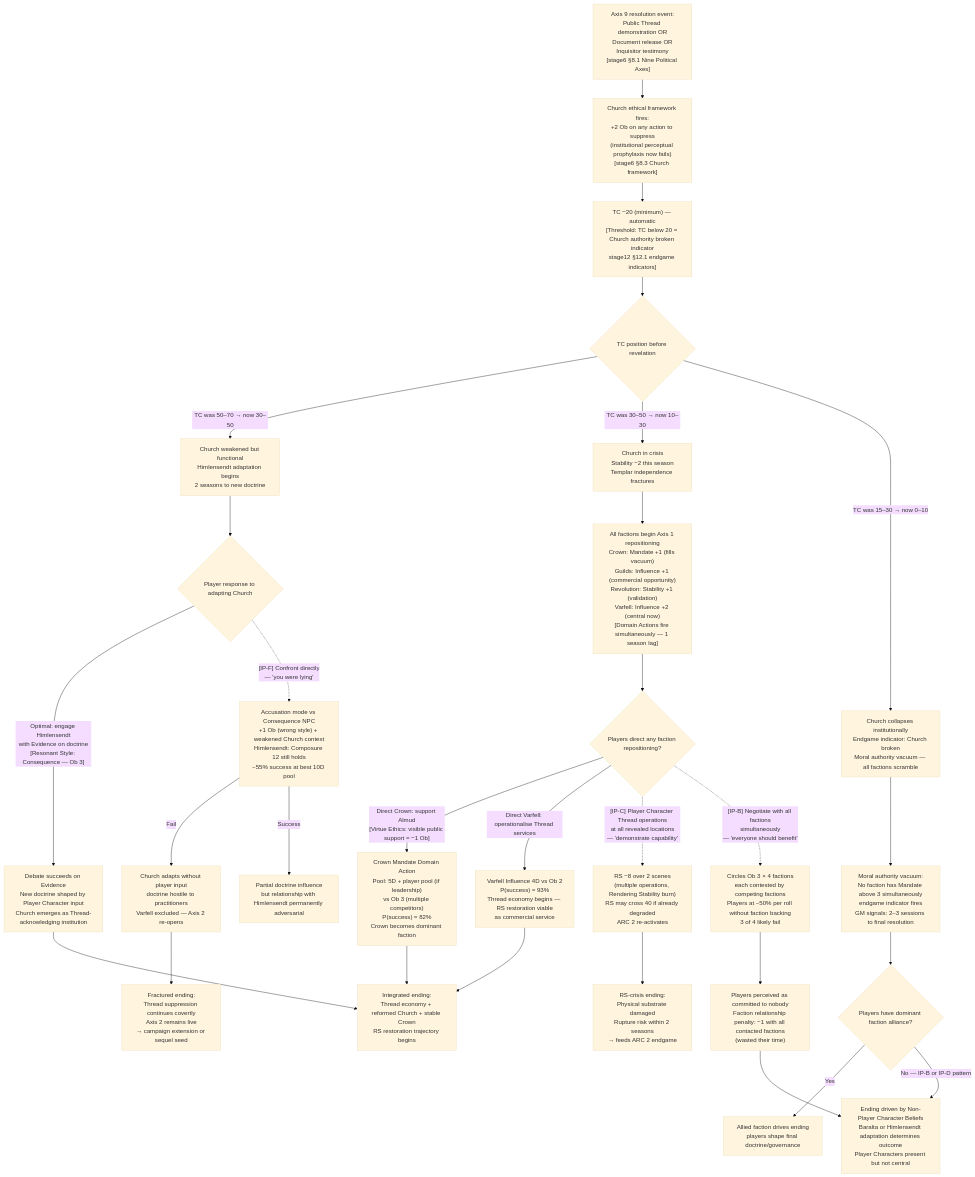
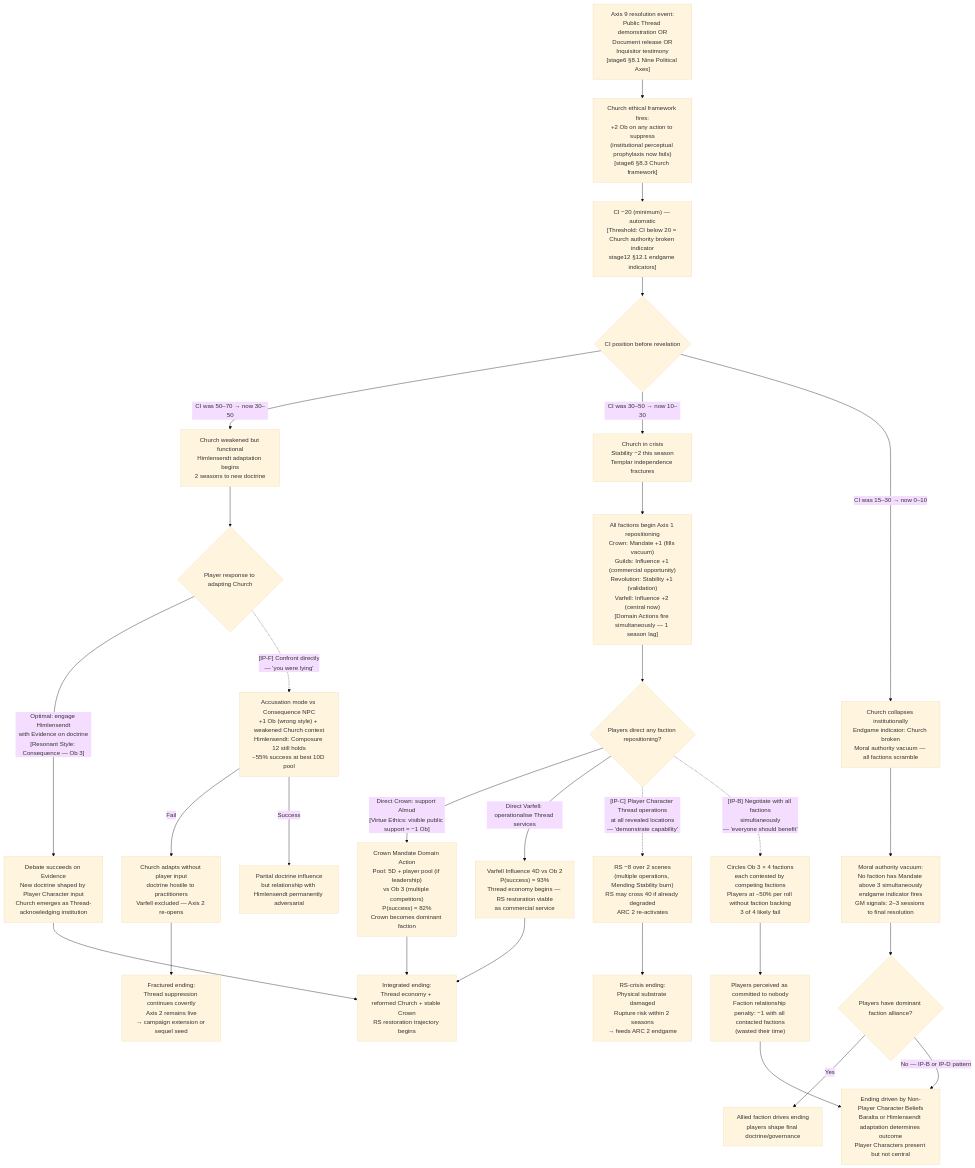
Before and after one commit to jordanelias/ttrpg: the fourth of 5 diagrams in tests/sim/sim_arc_01_irrational_player_arcs.md, drawn with Mermaid (base theme). The commit also changed other lines of this file and 44 other files, not shown here.

````diff
--- a/tests/sim/sim_arc_01_irrational_player_arcs.md
+++ b/tests/sim/sim_arc_01_irrational_player_arcs.md
@@ -224,38 +224,38 @@
 ```mermaid
 flowchart TD
     A["Axis 9 resolution event:\nPublic Thread demonstration OR\nDocument release OR\nInquisitor testimony\n[stage6 §8.1 Nine Political Axes]"]
     A --> B["Church ethical framework fires:\n+2 Ob on any action to suppress\n(institutional perceptual prophylaxis now fails)\n[stage6 §8.3 Church framework]"]
-    B --> C["TC −20 (minimum) — automatic\n[Threshold: TC below 20 = Church authority broken indicator\nstage12 §12.1 endgame indicators]"]
-    C --> D{"TC position before revelation"}
-    D -->|"TC was 50–70 → now 30–50"| E["Church weakened but functional\nHimlensendt adaptation begins\n2 seasons to new doctrine"]
-    D -->|"TC was 30–50 → now 10–30"| F["Church in crisis\nStability −2 this season\nTemplar independence fractures"]
-    D -->|"TC was 15–30 → now 0–10"| G["Church collapses institutionally\nEndgame indicator: Church broken\nMoral authority vacuum — all factions scramble"]
+    B --> C["CI −20 (minimum) — automatic\n[Threshold: CI below 20 = Church authority broken indicator\nstage12 §12.1 endgame indicators]"]
+    C --> D{"CI position before revelation"}
+    D -->|"CI was 50–70 → now 30–50"| E["Church weakened but functional\nHimlensendt adaptation begins\n2 seasons to new doctrine"]
+    D -->|"CI was 30–50 → now 10–30"| F["Church in crisis\nStability −2 this season\nTemplar independence fractures"]
+    D -->|"CI was 15–30 → now 0–10"| G["Church collapses institutionally\nEndgame indicator: Church broken\nMoral authority vacuum — all factions scramble"]
 
     E --> H{Player response to adapting Church}
     H -->|"Optimal: engage Himlensendt\nwith Evidence on doctrine\n[Resonant Style: Consequence — Ob 3]"| I["Debate succeeds on Evidence\nNew doctrine shaped by Player Character input\nChurch emerges as Thread-acknowledging institution"]
     H -.->|"[IP-F] Confront directly\n— 'you were lying'"| J["Accusation mode vs Consequence NPC\n+1 Ob (wrong style) + weakened Church context\nHimlensendt: Composure 12 still holds\n~55% success at best 10D pool"]
     J -->|"Fail"| K["Church adapts without player input\ndoctrine hostile to practitioners\nVarfell excluded — Axis 2 re-opens"]
     J -->|"Success"| L["Partial doctrine influence\nbut relationship with Himlensendt permanently adversarial"]
 
     F --> M["All factions begin Axis 1 repositioning\nCrown: Mandate +1 (fills vacuum)\nGuilds: Influence +1 (commercial opportunity)\nRevolution: Stability +1 (validation)\nVarfell: Influence +2 (central now)\n[Domain Actions fire simultaneously — 1 season lag]"]
     M --> N{Players direct any faction repositioning?}
 
     N -->|"Direct Crown: support Almud\n[Virtue Ethics: visible public support = −1 Ob]"| O["Crown Mandate Domain Action\nPool: 5D + player pool (if leadership)\nvs Ob 3 (multiple competitors)\nP(success) ≈ 82%\nCrown becomes dominant faction"]
     N -->|"Direct Varfell: operationalise Thread services"| P["Varfell Influence 4D vs Ob 2\nP(success) ≈ 93%\nThread economy begins — RS restoration viable\nas commercial service"]
-    N -.->|"[IP-C] Player Character Thread operations\nat all revealed locations\n— 'demonstrate capability'"| Q["RS −8 over 2 scenes\n(multiple operations, Rendering Stability burn)\nRS may cross 40 if already degraded\nARC 2 re-activates"]
+    N -.->|"[IP-C] Player Character Thread operations\nat all revealed locations\n— 'demonstrate capability'"| Q["RS −8 over 2 scenes\n(multiple operations, Mending Stability burn)\nRS may cross 40 if already degraded\nARC 2 re-activates"]
 
     N -.->|"[IP-B] Negotiate with all factions\nsimultaneously\n— 'everyone should benefit'"| R["Circles Ob 3 × 4 factions\neach contested by competing factions\nPlayers at ~50% per roll without faction backing\n3 of 4 likely fail"]
     R --> S["Players perceived as committed to nobody\nFaction relationship penalty: −1 with all contacted factions\n(wasted their time)"]
 
     G --> T["Moral authority vacuum:\nNo faction has Mandate above 3 simultaneously\nendgame indicator fires\nGM signals: 2–3 sessions to final resolution"]
     T --> U{Players have dominant faction alliance?}
     U -->|"Yes"| V["Allied faction drives ending\nplayers shape final doctrine/governance"]
     U -->|"No — IP-B or IP-D pattern"| W["Ending driven by Non-Player Character Beliefs\nBaralta or Himlensendt adaptation determines outcome\nPlayer Characters present but not central"]
 
     I --> X["Integrated ending:\nThread economy + reformed Church + stable Crown\nRS restoration trajectory begins"]
     O --> X
     P --> X
     K --> Y["Fractured ending:\nThread suppression continues covertly\nAxis 2 remains live\n→ campaign extension or sequel seed"]
     S --> W
     Q --> Z["RS-crisis ending:\nPhysical substrate damaged\nRupture risk within 2 seasons\n→ feeds ARC 2 endgame"]
 ```
````
